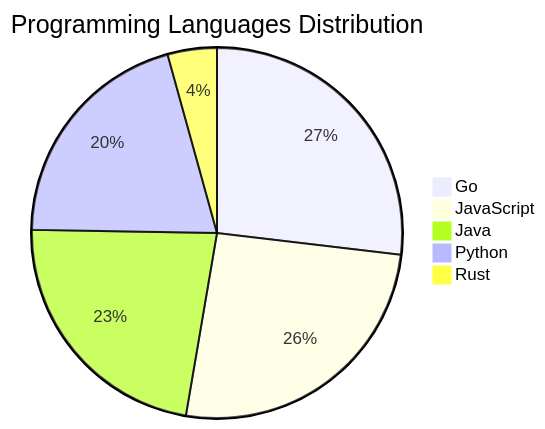
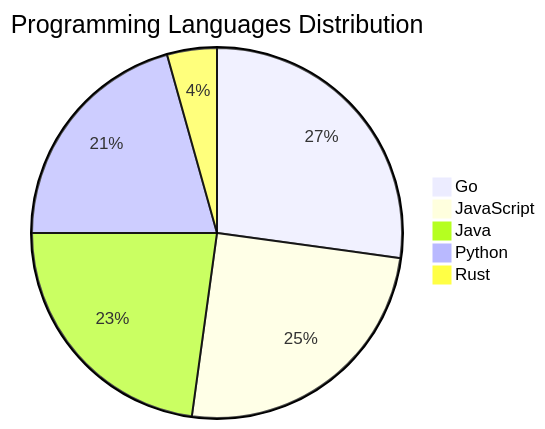
The diagram in README.md (Derrick-MUGISHA/github-activity-bot), drawn with Mermaid before and after one commit. The commit also changed other lines of this file and 3 other files, not shown here.

````diff
--- a/README.md
+++ b/README.md
@@ -69,8 +69,8 @@
 ```mermaid
 pie title Programming Languages Distribution
     "Go" : 25
-    "JavaScript" : 24
+    "JavaScript" : 23
     "Java" : 21
     "Python" : 19
     "Rust" : 4
 ```
````
